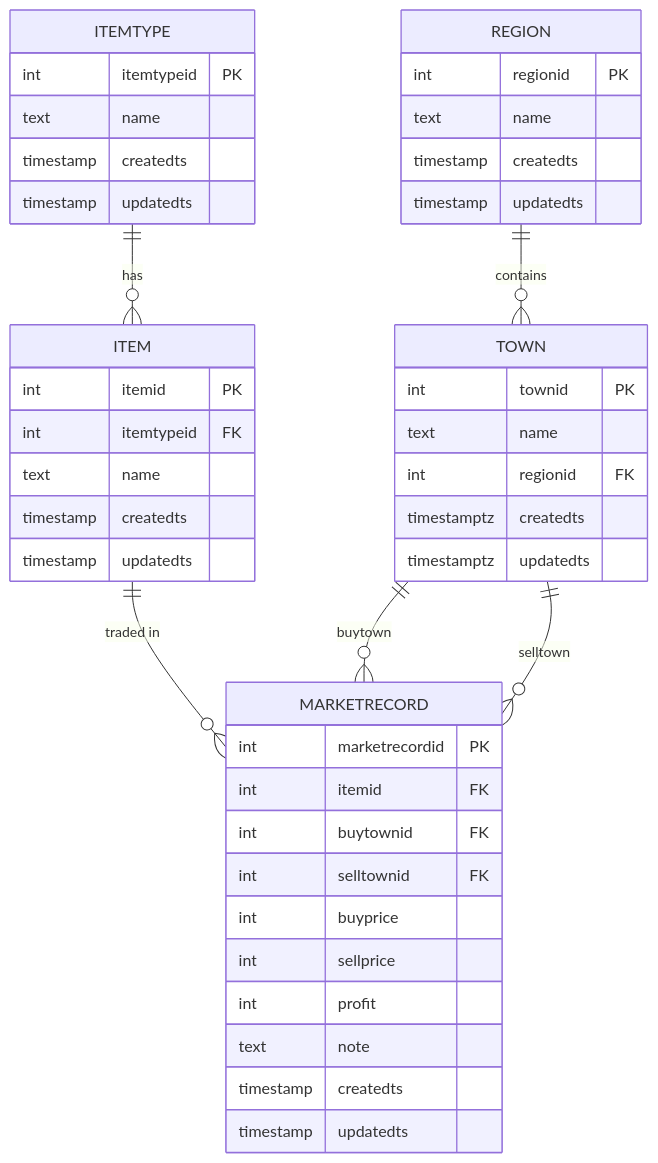
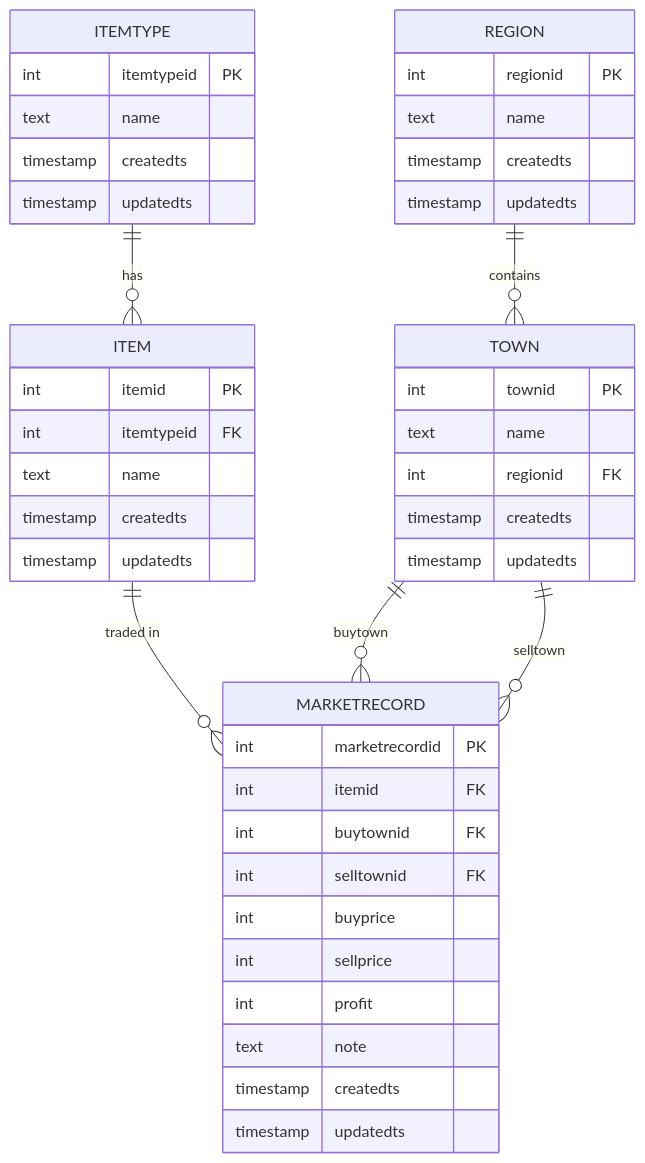
One commit to chaunmt/bannerlord-merchant-routes changed the diagram in README.md. Above: the diagram before and after it, drawn with Mermaid.

````diff
--- a/README.md
+++ b/README.md
@@ -40,57 +40,57 @@
 ```mermaid
 erDiagram
 
     ITEMTYPE {
         int itemtypeid PK
         text name
         timestamp createdts
         timestamp updatedts
     }
 
     ITEM {
         int itemid PK
         int itemtypeid FK
         text name
         timestamp createdts
         timestamp updatedts
     }
 
     MARKETRECORD {
         int marketrecordid PK
         int itemid FK
         int buytownid FK
         int selltownid FK
         int buyprice
         int sellprice
         int profit
         text note
         timestamp createdts
         timestamp updatedts
     }
 
     REGION {
         int regionid PK
         text name
         timestamp createdts
         timestamp updatedts
     }
 
     TOWN {
         int townid PK
         text name
         int regionid FK
-        timestamptz createdts
-        timestamptz updatedts
+        timestamp createdts
+        timestamp updatedts
     }
 
     %% Relationships
 
     ITEMTYPE ||--o{ ITEM : "has"
 
     ITEM ||--o{ MARKETRECORD : "traded in"
 
     REGION ||--o{ TOWN : "contains"
 
     TOWN ||--o{ MARKETRECORD : "buytown"
     TOWN ||--o{ MARKETRECORD : "selltown"
 ```
````
